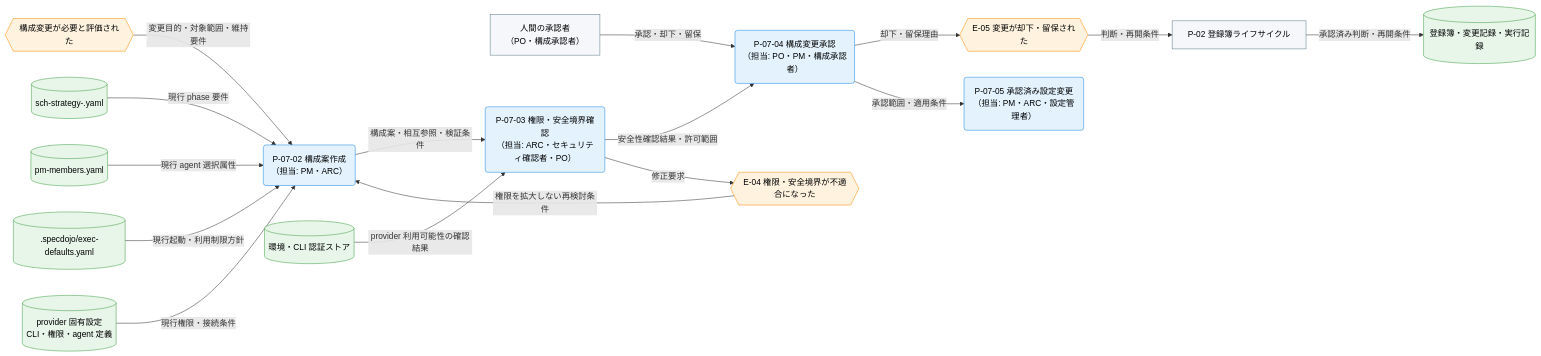
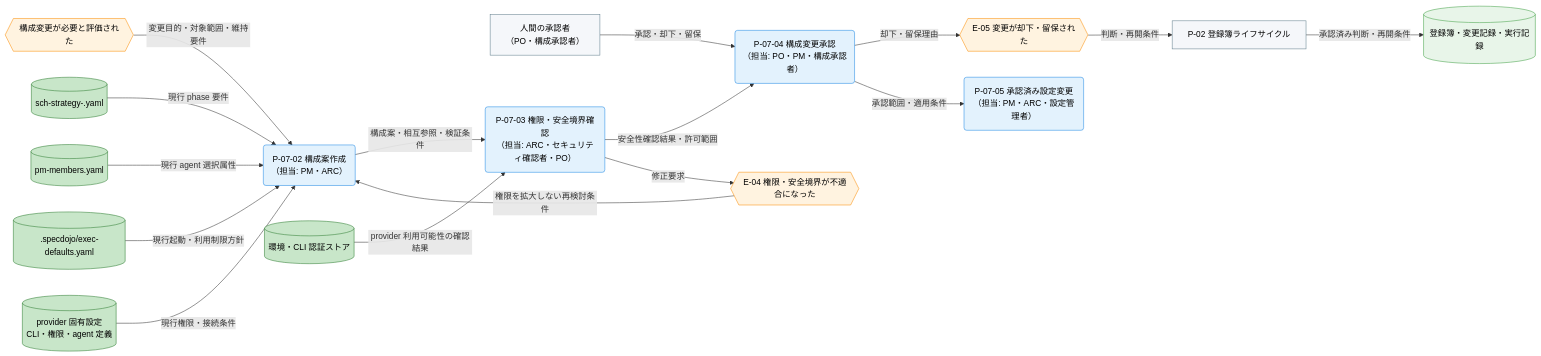
Before and after one commit to specdojo/specdojo: the second of 3 diagrams in docs/ja/product/010-business-specs/010-data-flow/cdfd-agent-config-operation.md, drawn with Mermaid. The commit also changed other lines of this file and 6 other files, not shown here.

````diff
--- a/docs/ja/product/010-business-specs/010-data-flow/cdfd-agent-config-operation.md
+++ b/docs/ja/product/010-business-specs/010-data-flow/cdfd-agent-config-operation.md
@@ -88,47 +90,49 @@
 ```mermaid
 flowchart LR
   classDef process fill:#e3f2fd,stroke:#1e88e5,color:#000
   classDef event fill:#fff3e0,stroke:#fb8c00,color:#000
-  classDef store fill:#e8f5e9,stroke:#43a047,color:#000
+  classDef storeMaster fill:#c8e6c9,stroke:#2e7d32,color:#000
+  classDef storeTransaction fill:#e8f5e9,stroke:#43a047,color:#000
   classDef actor fill:#f5f7fa,stroke:#607d8b,color:#000
 
   人間承認者["人間の承認者<br>（PO・構成承認者）"]
   登録簿ライフサイクル["P-02 登録簿ライフサイクル"]
 
   構成変更必要{{"構成変更が必要と評価された"}}
   安全確認不合格{{"E-04 権限・安全境界が不適合になった"}}
   承認不成立{{"E-05 変更が却下・留保された"}}
 
   構成案作成("P-07-02 構成案作成<br>（担当: PM・ARC）")
   権限安全境界確認("P-07-03 権限・安全境界確認<br>（担当: ARC・セキュリティ確認者・PO）")
   構成変更承認("P-07-04 構成変更承認<br>（担当: PO・PM・構成承認者）")
   承認済み設定変更("P-07-05 承認済み設定変更<br>（担当: PM・ARC・設定管理者）")
 
   変更実行記録[("登録簿・変更記録・実行記録")]
   スケジュール戦略[("sch-strategy-<track>.yaml")]
   memberRoster[("pm-members.yaml")]
   provider実行既定[(".specdojo/exec-defaults.yaml")]
   provider固有設定[("provider 固有設定<br>CLI・権限・agent 定義")]
   認証ストア[("環境・CLI 認証ストア")]
 
   構成変更必要 -->|"変更目的・対象範囲・維持要件"| 構成案作成
   スケジュール戦略 -->|"現行 phase 要件"| 構成案作成
   memberRoster -->|"現行 agent 選択属性"| 構成案作成
   provider実行既定 -->|"現行起動・利用制限方針"| 構成案作成
   provider固有設定 -->|"現行権限・接続条件"| 構成案作成
   構成案作成 -->|"構成案・相互参照・検証条件"| 権限安全境界確認
   認証ストア -->|"provider 利用可能性の確認結果"| 権限安全境界確認
   権限安全境界確認 -->|"安全性確認結果・許可範囲"| 構成変更承認
   権限安全境界確認 -->|"修正要求"| 安全確認不合格
   安全確認不合格 -->|"権限を拡大しない再検討条件"| 構成案作成
   人間承認者 -->|"承認・却下・留保"| 構成変更承認
   構成変更承認 -->|"却下・留保理由"| 承認不成立
   承認不成立 -->|"判断・再開条件"| 登録簿ライフサイクル
   構成変更承認 -->|"承認範囲・適用条件"| 承認済み設定変更
   登録簿ライフサイクル -->|"承認済み判断・再開条件"| 変更実行記録
 
   class 構成案作成,権限安全境界確認,構成変更承認,承認済み設定変更 process
   class 構成変更必要,安全確認不合格,承認不成立 event
-  class 変更実行記録,スケジュール戦略,memberRoster,provider実行既定,provider固有設定,認証ストア store
+  class スケジュール戦略,memberRoster,provider実行既定,provider固有設定,認証ストア storeMaster
+  class 変更実行記録 storeTransaction
   class 人間承認者,登録簿ライフサイクル actor
 ```
````
